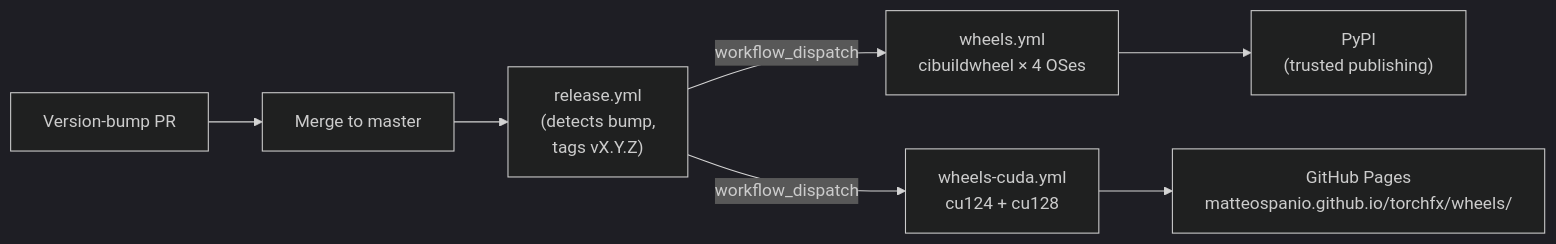
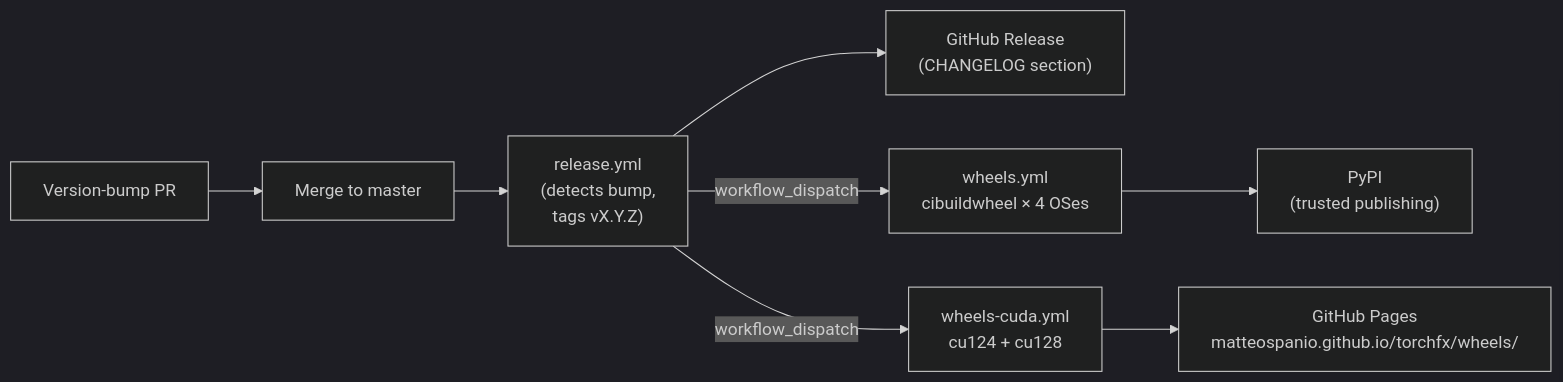
The diagram in docs/source/guides/developer/releasing.md (matteospanio/torchfx), drawn with Mermaid (dark theme) before and after one commit. The commit also changed other lines of this file and 4 other files, not shown here.

First line of the commit message:
✅ #29: publish a GitHub Release with CHANGELOG notes on tag

````diff
--- a/docs/source/guides/developer/releasing.md
+++ b/docs/source/guides/developer/releasing.md
@@ -23,9 +24,10 @@
 ```{mermaid}
 flowchart LR
     PR["Version-bump PR"] --> Merge["Merge to master"]
     Merge --> Release["release.yml<br/>(detects bump,<br/>tags vX.Y.Z)"]
+    Release --> Notes["GitHub Release<br/>(CHANGELOG section)"]
     Release -->|workflow_dispatch| CPU["wheels.yml<br/>cibuildwheel × 4 OSes"]
     Release -->|workflow_dispatch| GPU["wheels-cuda.yml<br/>cu124 + cu128"]
     CPU --> PyPI["PyPI<br/>(trusted publishing)"]
     GPU --> Pages["GitHub Pages<br/>matteospanio.github.io/torchfx/wheels/"]
 ```
````
